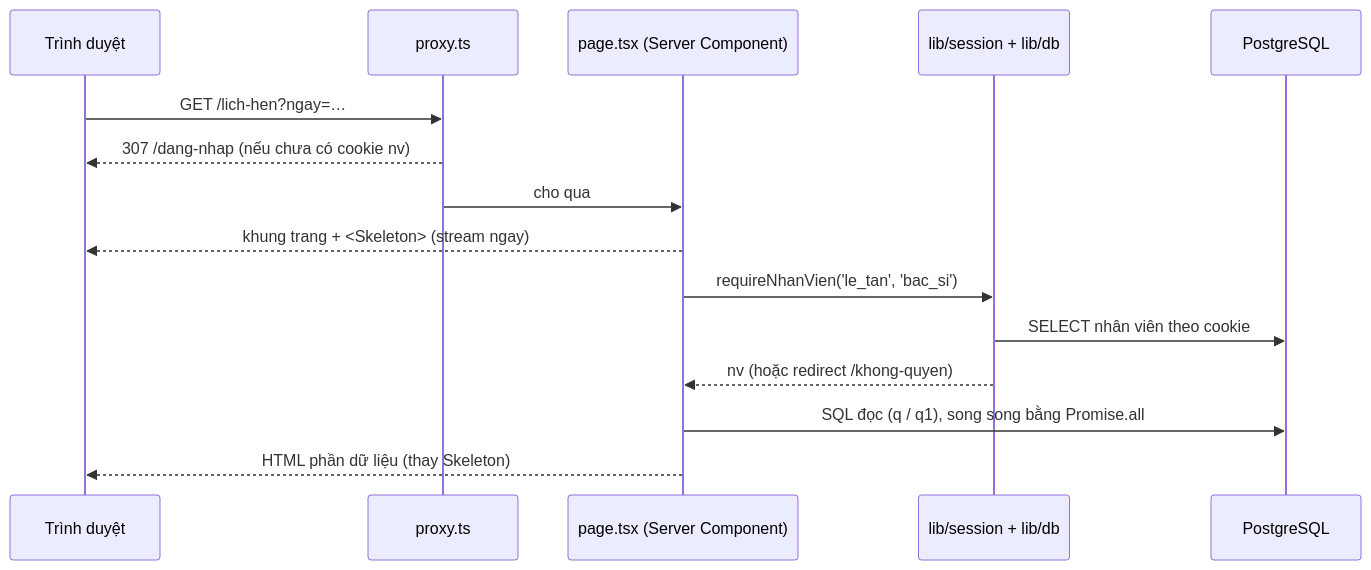
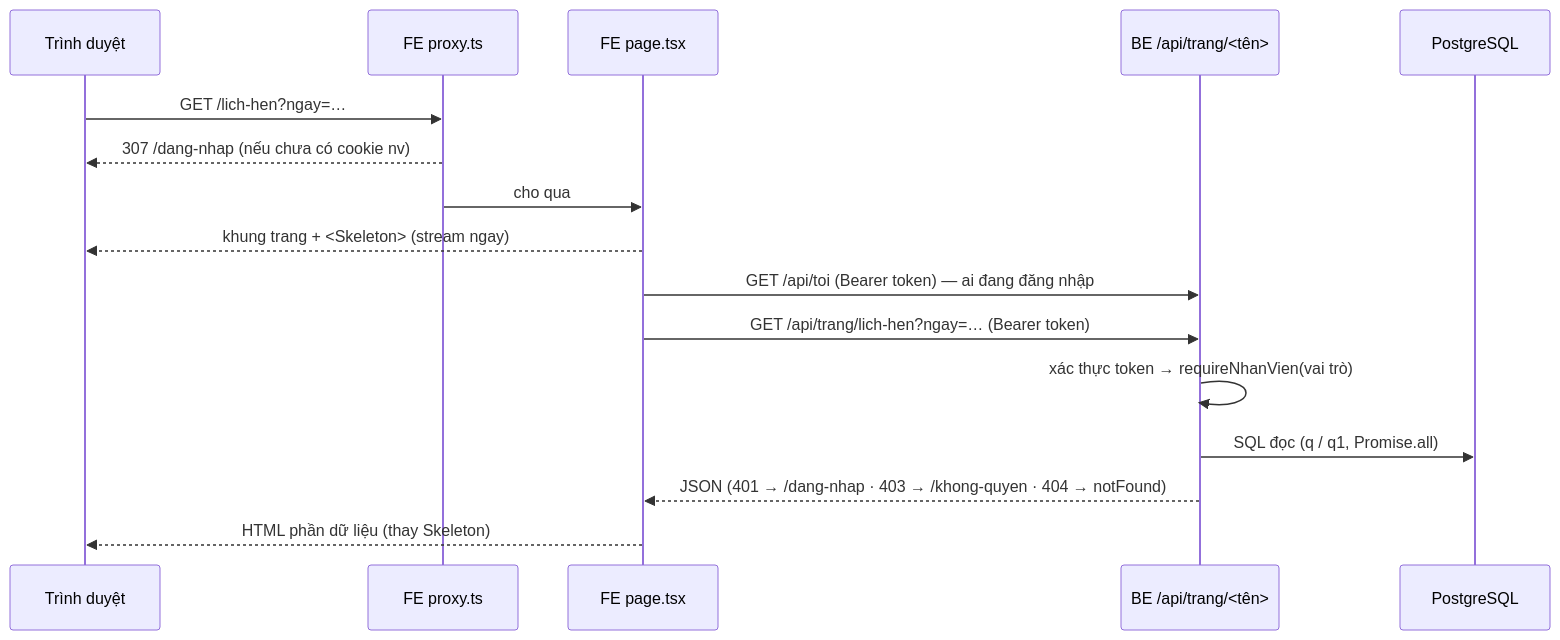
One commit to tsboi007/vndental changed the second of 4 diagrams in docs/kien-truc.md. Above: the diagram before and after it, drawn with Mermaid. The commit also changed other lines of this file and 200 other files, not shown here.

````diff
--- a/docs/kien-truc.md
+++ b/docs/kien-truc.md
@@ -105,17 +128,18 @@
 ```mermaid
 sequenceDiagram
   participant B as Trình duyệt
-  participant P as proxy.ts
-  participant Pg as page.tsx (Server Component)
-  participant L as lib/session + lib/db
+  participant P as FE proxy.ts
+  participant Pg as FE page.tsx
+  participant A as BE /api/trang/<tên>
   participant D as PostgreSQL
   B->>P: GET /lich-hen?ngay=…
   P-->>B: 307 /dang-nhap (nếu chưa có cookie nv)
   P->>Pg: cho qua
   Pg-->>B: khung trang + <Skeleton> (stream ngay)
-  Pg->>L: requireNhanVien('le_tan', 'bac_si')
-  L->>D: SELECT nhân viên theo cookie
-  L-->>Pg: nv (hoặc redirect /khong-quyen)
-  Pg->>D: SQL đọc (q / q1), song song bằng Promise.all
+  Pg->>A: GET /api/toi (Bearer token) — ai đang đăng nhập
+  Pg->>A: GET /api/trang/lich-hen?ngay=… (Bearer token)
+  A->>A: xác thực token → requireNhanVien(vai trò)
+  A->>D: SQL đọc (q / q1, Promise.all)
+  A-->>Pg: JSON (401 → /dang-nhap · 403 → /khong-quyen · 404 → notFound)
   Pg-->>B: HTML phần dữ liệu (thay Skeleton)
 ```
````
